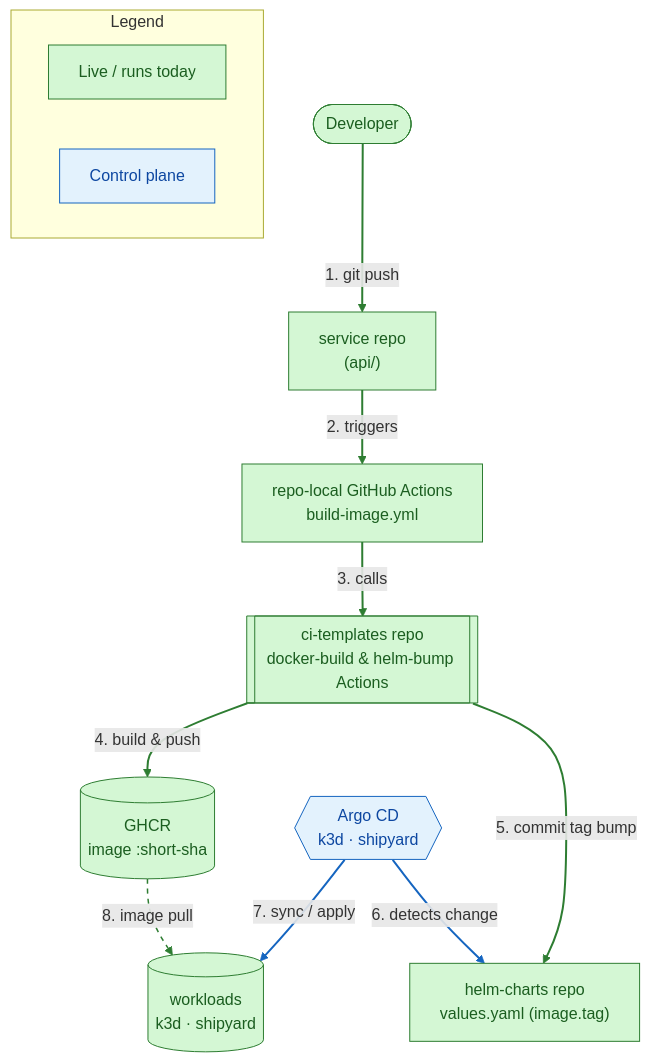
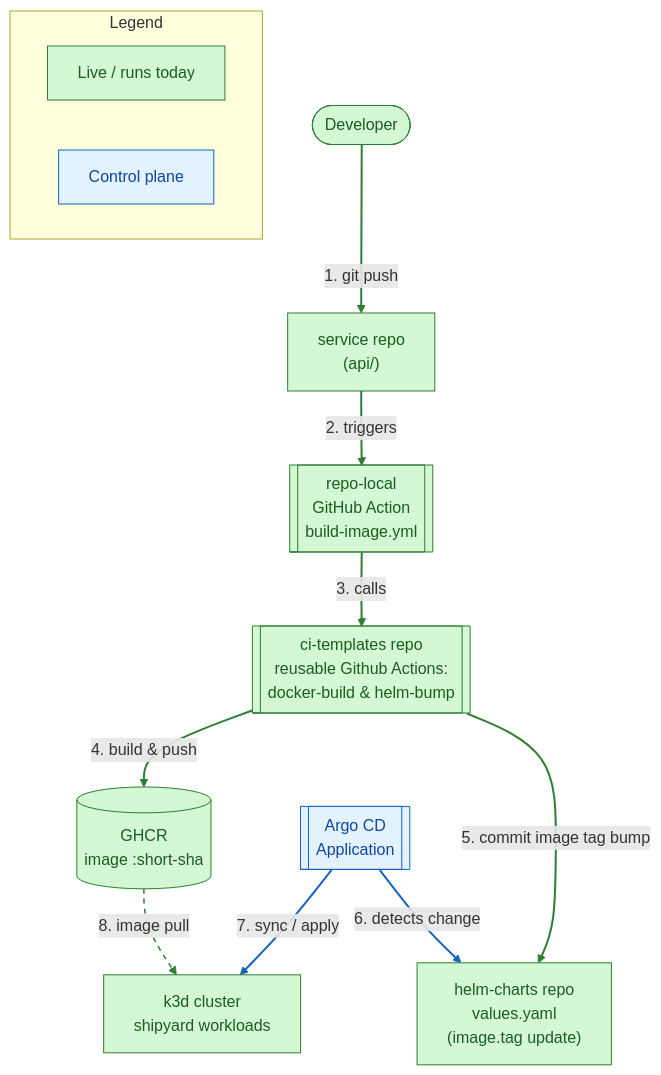
Before and after one commit to CJs-Shipyard/platform-docs: the second of 2 diagrams in README.md, drawn with Mermaid. The commit also changed other lines of this file, not shown here.

````diff
--- a/README.md
+++ b/README.md
@@ -130,35 +138,35 @@
 ```mermaid
 flowchart TB
     classDef live fill:#d4f7d4,stroke:#2e7d32,color:#1b5e20;
     classDef ctrl fill:#e3f2fd,stroke:#1565c0,color:#0d47a1;
 
     dev([Developer]):::live
 
     repo["service repo<br/>(api/)"]:::live
-    gha["repo-local GitHub Actions<br/>build-image.yml"]:::live
-    tmpl[["ci-templates repo<br/>docker-build & helm-bump Actions"]]:::live
+    gha[["repo-local <br/>GitHub Action<br/>build-image.yml"]]:::live
+    tmpl[["ci-templates repo<br/>reusable Github Actions:<br/>docker-build & helm-bump"]]:::live
     ghcr[("GHCR<br/>image :short-sha")]:::live
-    helm["helm-charts repo<br/>values.yaml (image.tag)"]:::live
+    helm["helm-charts repo<br/>values.yaml <br/>(image.tag update)"]:::live
 
-    argo{{"Argo CD<br/>k3d · shipyard"}}:::ctrl
-    k3d[("workloads<br/>k3d · shipyard")]:::live
+    argo[["Argo CD<br/>Application"]]:::ctrl
+    k3d["k3d cluster <br/> shipyard workloads"]:::live
 
     dev -->|1. git push| repo
     repo -->|2. triggers| gha
     gha -->|3. calls| tmpl
     tmpl -->|4. build & push| ghcr
-    tmpl -->|5. commit tag bump| helm
+    tmpl -->|5. commit image tag bump| helm
     argo -->|6. detects change| helm
     argo -->|7. sync / apply| k3d
     ghcr -.->|8. image pull| k3d
 
     subgraph legend["Legend"]
         direction LR
         gL["Live / runs today"]:::live
         gC["Control plane"]:::ctrl
     end
 
     linkStyle 0,1,2,3,4 stroke:#2e7d32,stroke-width:2px;
     linkStyle 5,6 stroke:#1565c0,stroke-width:2px;
     linkStyle 7 stroke:#2e7d32,stroke-width:1.5px,stroke-dasharray:5 5;
 ```
````
